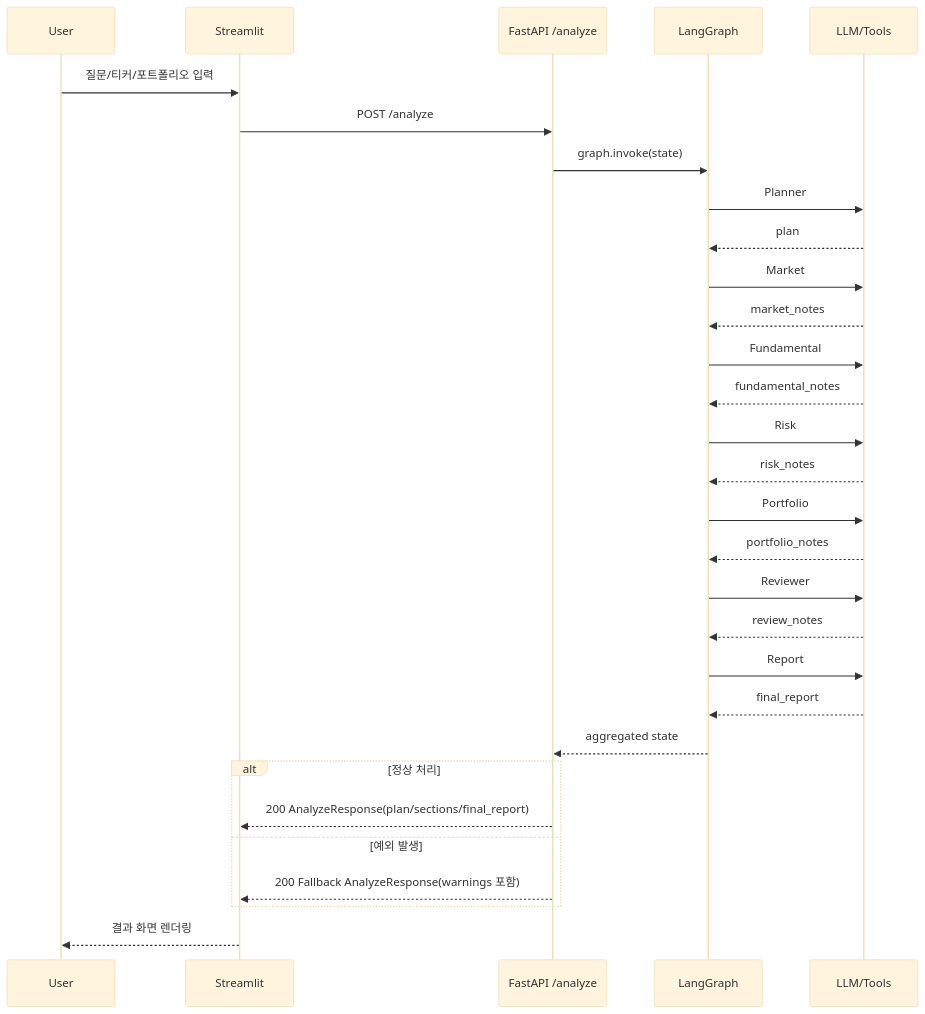
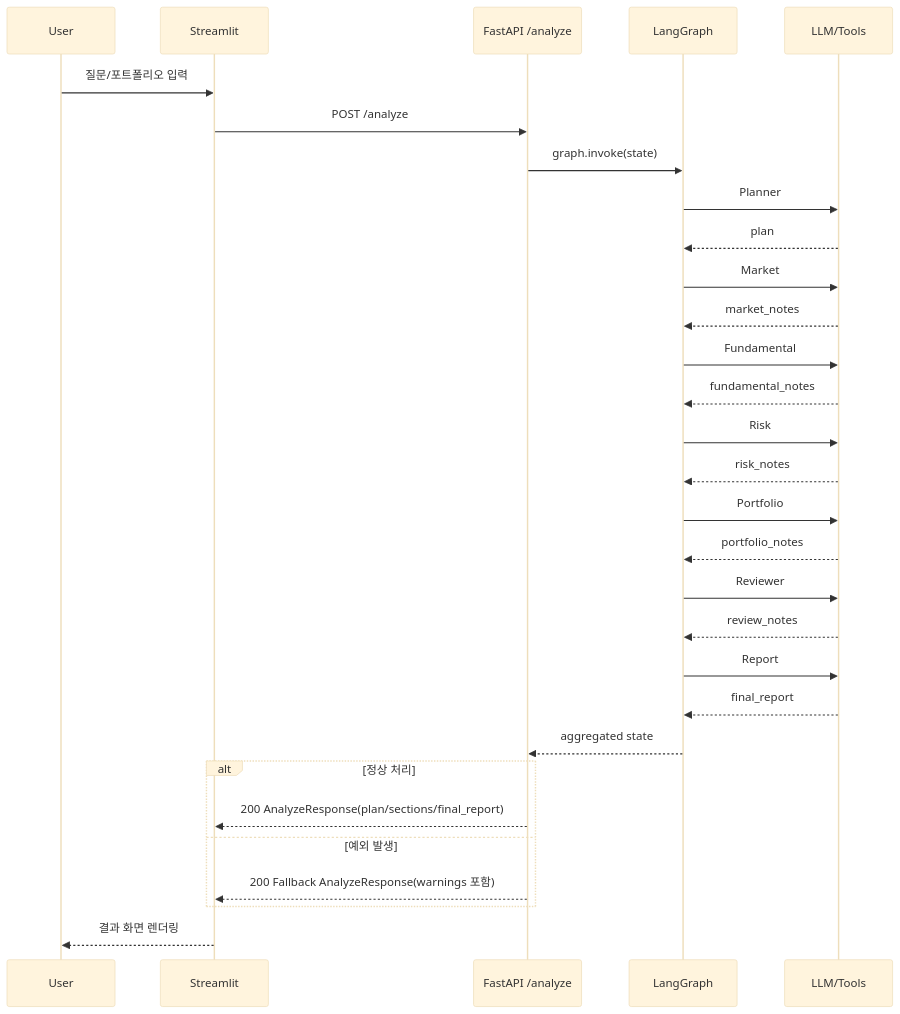
Before and after one commit to sebastiaok/InvestAI: the second of 2 diagrams in README.md, drawn with Mermaid (base theme). The commit also changed other lines of this file, not shown here.

````diff
--- a/README.md
+++ b/README.md
@@ -100,35 +100,35 @@
 ```mermaid
 sequenceDiagram
     participant U as User
     participant ST as Streamlit
     participant API as FastAPI /analyze
     participant G as LangGraph
     participant LLM as LLM/Tools
 
-    U->>ST: 질문/티커/포트폴리오 입력
+    U->>ST: 질문/포트폴리오 입력
     ST->>API: POST /analyze
     API->>G: graph.invoke(state)
 
     G->>LLM: Planner
     LLM-->>G: plan
     G->>LLM: Market
     LLM-->>G: market_notes
     G->>LLM: Fundamental
     LLM-->>G: fundamental_notes
     G->>LLM: Risk
     LLM-->>G: risk_notes
     G->>LLM: Portfolio
     LLM-->>G: portfolio_notes
     G->>LLM: Reviewer
     LLM-->>G: review_notes
     G->>LLM: Report
     LLM-->>G: final_report
     G-->>API: aggregated state
 
     alt 정상 처리
         API-->>ST: 200 AnalyzeResponse(plan/sections/final_report)
     else 예외 발생
         API-->>ST: 200 Fallback AnalyzeResponse(warnings 포함)
     end
     ST-->>U: 결과 화면 렌더링
 ```
````
